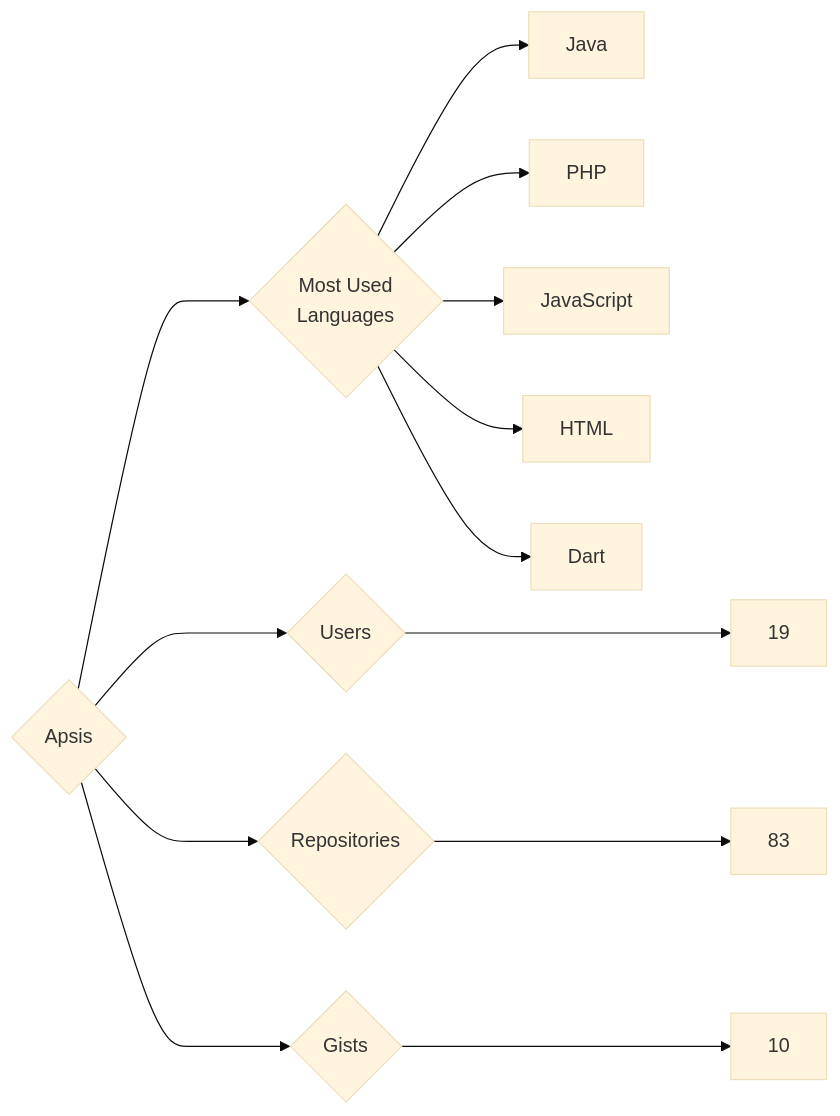
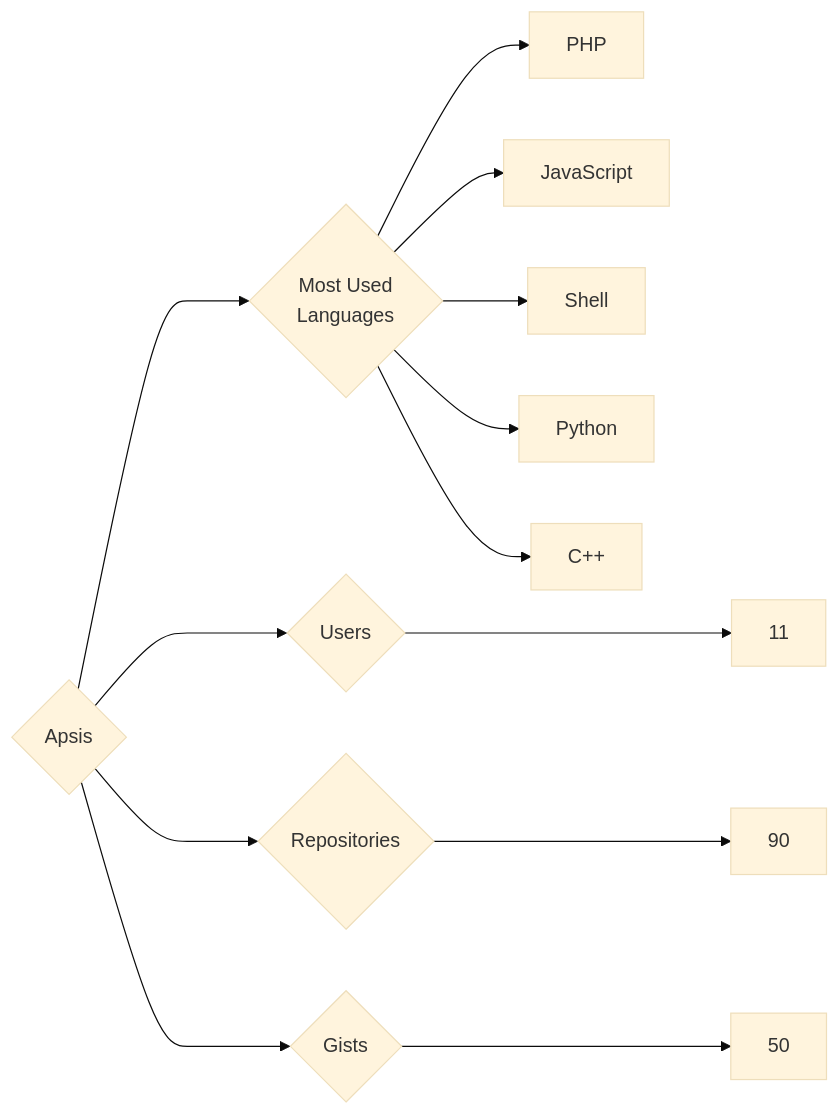
One commit to trickest/insiders changed the diagram in targets/Apsis/README.md. Above: the diagram before and after it, drawn with Mermaid (base theme). The commit also changed 965 other files, not shown here.

````diff
--- a/targets/Apsis/README.md
+++ b/targets/Apsis/README.md
@@ -3,13 +3,13 @@
 ```mermaid
 graph LR
 COMPANY_NAME{Apsis}
-COMPANY_NAME ---> U{Users} ---> UN[19]
-COMPANY_NAME ---> R{Repositories} ---> RN[83]
-COMPANY_NAME ---> G{Gists} ---> GN[10]
+COMPANY_NAME ---> U{Users} ---> UN[11]
+COMPANY_NAME ---> R{Repositories} ---> RN[90]
+COMPANY_NAME ---> G{Gists} ---> GN[50]
 COMPANY_NAME ---> ML{Most Used<br>Languages}
-ML --> Java[Java]
 ML --> PHP[PHP]
 ML --> JavaScript[JavaScript]
-ML --> HTML[HTML]
-ML --> Dart[Dart]
+ML --> Shell[Shell]
+ML --> Python[Python]
+ML --> C++[C++]
 ```
````
